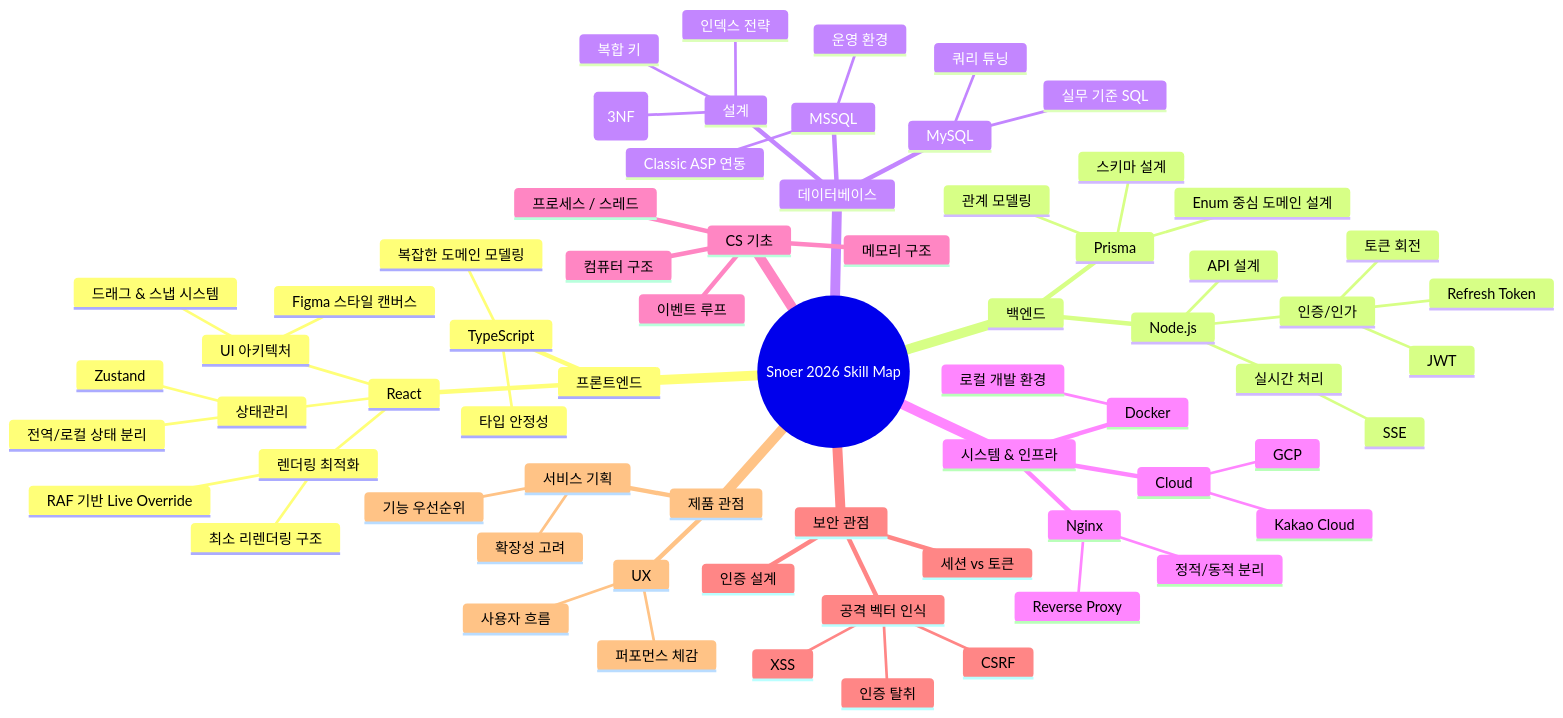
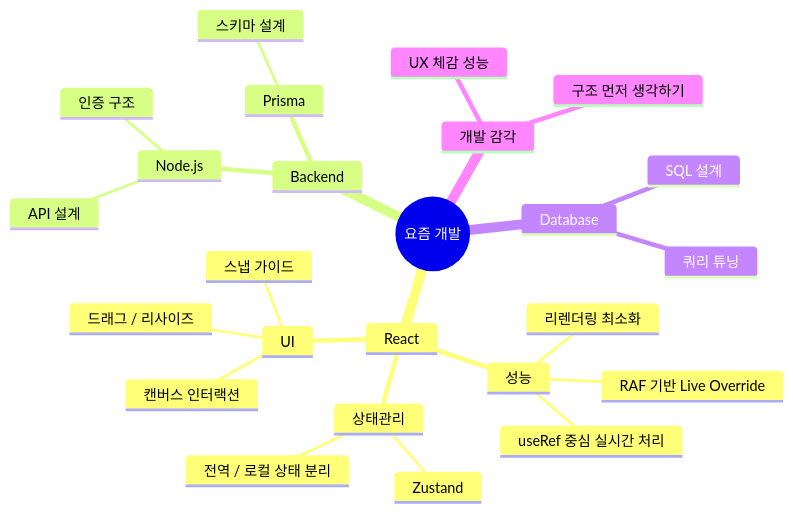
Before and after one commit to SnowsFE/SnowsFE: the first of 2 diagrams in README.md, drawn with Mermaid. The commit also changed other lines of this file, not shown here.

````diff
--- a/README.md
+++ b/README.md
@@ -189,76 +189,32 @@
 ```mermaid
 mindmap
-  root((Snoer 2026 Skill Map))
-    프론트엔드
-      React
-        렌더링 최적화
-          RAF 기반 Live Override
-          최소 리렌더링 구조
-        상태관리
-          Zustand
-          전역/로컬 상태 분리
-        UI 아키텍처
-          Figma 스타일 캔버스
-          드래그 & 스냅 시스템
-      TypeScript
-        타입 안정성
-        복잡한 도메인 모델링
+  root((요즘 개발))
+    
+    React
+      성능
+        리렌더링 최소화
+        RAF 기반 Live Override
+        useRef 중심 실시간 처리
+      상태관리
+        Zustand
+        전역 / 로컬 상태 분리
+      UI
+        캔버스 인터랙션
+        드래그 / 리사이즈
+        스냅 가이드
 
-    백엔드
+    Backend
       Node.js
         API 설계
-        인증/인가
-          JWT
-          Refresh Token
-          토큰 회전
-        실시간 처리
-          SSE
+        인증 구조
       Prisma
         스키마 설계
-        관계 모델링
-        Enum 중심 도메인 설계
 
-    데이터베이스
-      설계
-        정규화 (3NF)
-        인덱스 전략
-        복합 키
-      MySQL
-        쿼리 튜닝
-        실무 기준 SQL
-      MSSQL
-        운영 환경
-        Classic ASP 연동
+    Database
+      SQL 설계
+      쿼리 튜닝
 
-    시스템 & 인프라
-      Nginx
-        Reverse Proxy
-        정적/동적 분리
-      Docker
-        로컬 개발 환경
-      Cloud
-        GCP
-        Kakao Cloud
-
-    CS 기초
-      컴퓨터 구조
-      프로세스 / 스레드
-      메모리 구조
-      이벤트 루프
-
-    보안 관점
-      인증 설계
-      세션 vs 토큰
-      공격 벡터 인식
-        XSS
-        CSRF
-        인증 탈취
-
-    제품 관점
-      서비스 기획
-        기능 우선순위
-        확장성 고려
-      UX
-        사용자 흐름
-        퍼포먼스 체감
+    개발 감각
+      UX 체감 성능
+      구조 먼저 생각하기
 ```
````
